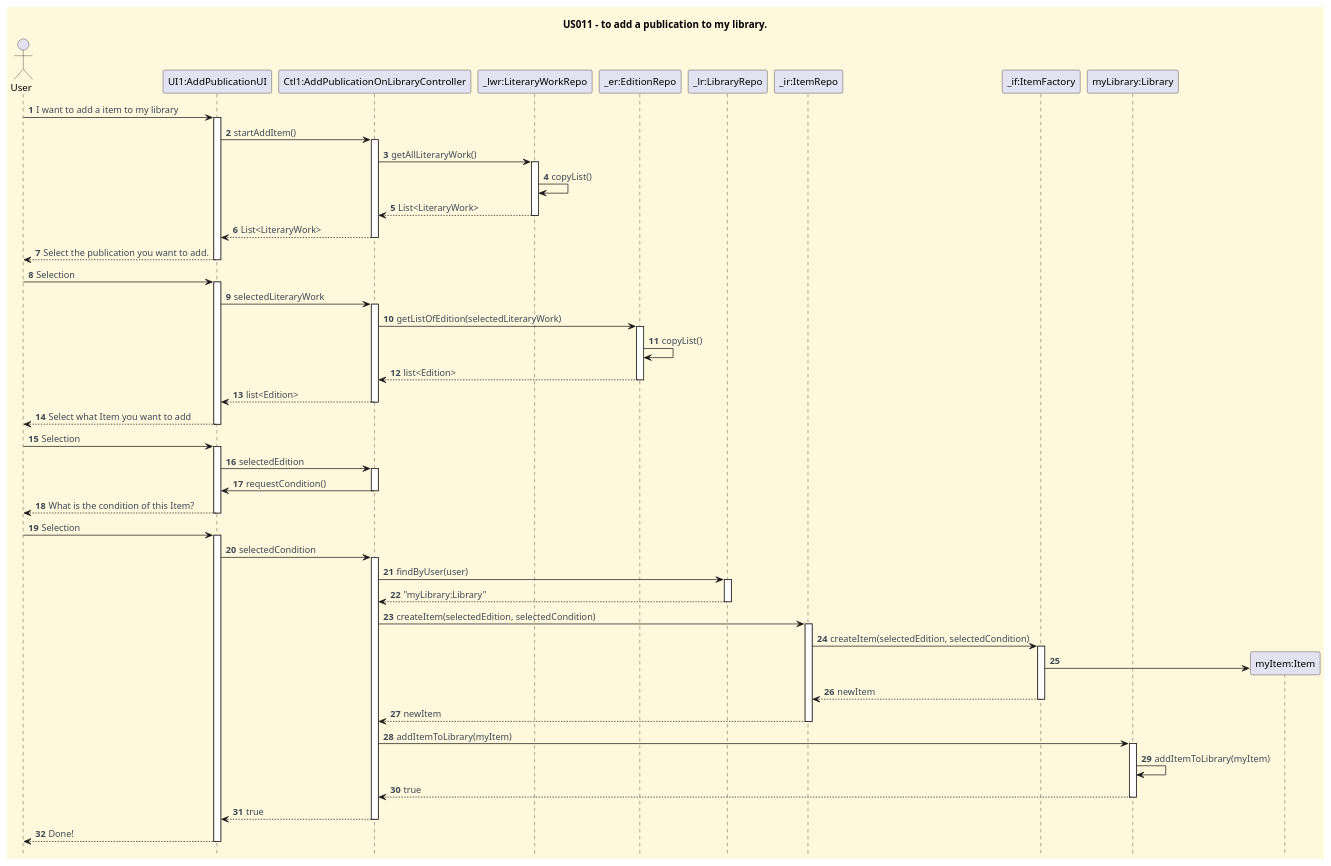
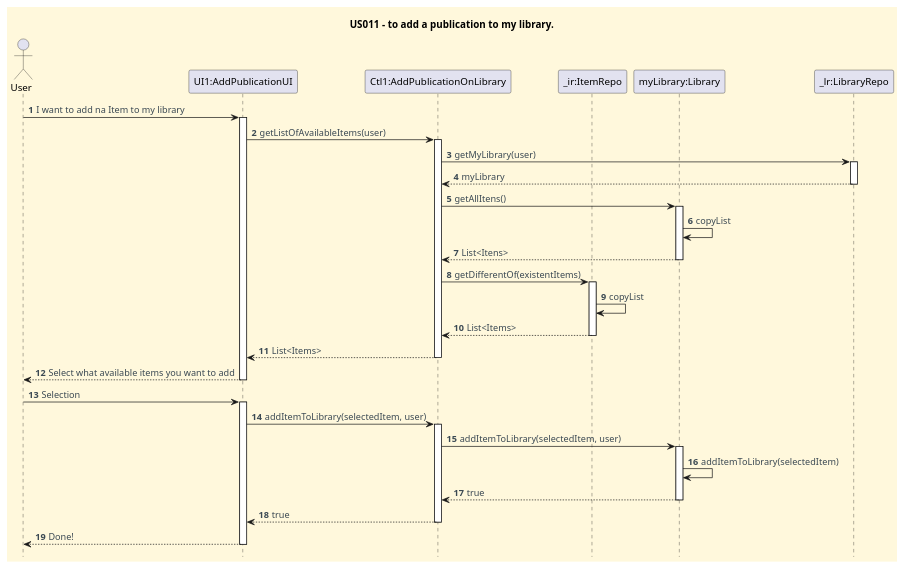
Before and after one commit to CarolinaLeite-collab/JavaMarketplacePlatform: the diagram in docs/userStories/US011/US011_add_publication_to_my_library_SD.puml, drawn with PlantUML. The commit also changed 1 other file, not shown here.

```diff
--- a/docs/userStories/US011/US011_add_publication_to_my_library_SD.puml
+++ b/docs/userStories/US011/US011_add_publication_to_my_library_SD.puml
@@ -1,122 +1,64 @@
 @startuml
 'https://plantuml.com/sequence-diagram
 hide footbox
 title US011 - to add a publication to my library.
 
 '==== basic style ====
 skinparam monochrome false
 skinparam shadowing false
 skinparam defaultFontName Futura
 skinparam objectFontSize 20
 skinparam backgroundColor CornSilk
 skinparam objectBackgroundColor WhiteSmoke
 skinparam noteBackgroundColor #FFFFE0
 skinparam ArrowFontColor #3B4953
 skinparam ActivationBackgroundColor black
 
 autonumber
 autoactivate off
 
 
 actor User
 participant "UI1:AddPublicationUI"
-participant "Ctl1:AddPublicationOnLibraryController"
-participant "_lwr:LiteraryWorkRepo"
-participant "_er:EditionRepo"
+participant "Ctl1:AddPublicationOnLibrary"
+participant "_ir:ItemRepo"
+participant "myLibrary:Library"
 participant "_lr:LibraryRepo"
-participant "_ir:ItemRepo"
-participant "_if:ItemFactory"
-participant "myLibrary:Library"
 
-'========================================
-' 1 - OBTER LITERARY WORK
-'========================================
-
-User -> "UI1:AddPublicationUI" : I want to add a item to my library
+User -> "UI1:AddPublicationUI" : I want to add na Item to my library
 activate "UI1:AddPublicationUI"
-"UI1:AddPublicationUI" -> "Ctl1:AddPublicationOnLibraryController" : startAddItem()
-activate "Ctl1:AddPublicationOnLibraryController"
-"Ctl1:AddPublicationOnLibraryController" -> "_lwr:LiteraryWorkRepo" : getAllLiteraryWork()
-activate "_lwr:LiteraryWorkRepo"
-"_lwr:LiteraryWorkRepo" -> "_lwr:LiteraryWorkRepo" : copyList()
-"_lwr:LiteraryWorkRepo" --> "Ctl1:AddPublicationOnLibraryController" : List<LiteraryWork>
-deactivate "_lwr:LiteraryWorkRepo"
-"Ctl1:AddPublicationOnLibraryController" --> "UI1:AddPublicationUI" : List<LiteraryWork>
-deactivate "Ctl1:AddPublicationOnLibraryController"
-"UI1:AddPublicationUI" --> User : Select the publication you want to add.
-deactivate "UI1:AddPublicationUI"
-
-'========================================
-' 2 - OBTER EDIÇÕES
-'========================================
-
-User -> "UI1:AddPublicationUI" : Selection
-activate "UI1:AddPublicationUI"
-"UI1:AddPublicationUI" -> "Ctl1:AddPublicationOnLibraryController" : selectedLiteraryWork
-activate "Ctl1:AddPublicationOnLibraryController"
-"Ctl1:AddPublicationOnLibraryController" -> "_er:EditionRepo" :  getListOfEdition(selectedLiteraryWork)
-activate "_er:EditionRepo"
-"_er:EditionRepo" -> "_er:EditionRepo" : copyList()
-"_er:EditionRepo" --> "Ctl1:AddPublicationOnLibraryController" : list<Edition>
-deactivate "_er:EditionRepo"
-"Ctl1:AddPublicationOnLibraryController" --> "UI1:AddPublicationUI" : list<Edition>
-deactivate "Ctl1:AddPublicationOnLibraryController"
-"UI1:AddPublicationUI" --> User : Select what Item you want to add
+"UI1:AddPublicationUI" -> "Ctl1:AddPublicationOnLibrary" : getListOfAvailableItems(user)
+activate "Ctl1:AddPublicationOnLibrary"
+"Ctl1:AddPublicationOnLibrary" -> "_lr:LibraryRepo" : getMyLibrary(user)
+activate "_lr:LibraryRepo"
+"_lr:LibraryRepo" --> "Ctl1:AddPublicationOnLibrary" : myLibrary
+deactivate "_lr:LibraryRepo"
+"Ctl1:AddPublicationOnLibrary" -> "myLibrary:Library" : getAllItens()
+activate "myLibrary:Library"
+"myLibrary:Library" -> "myLibrary:Library" : copyList
+"myLibrary:Library" --> "Ctl1:AddPublicationOnLibrary" : List<Itens>
+deactivate "myLibrary:Library"
+"Ctl1:AddPublicationOnLibrary" -> "_ir:ItemRepo" : getDifferentOf(existentItems)
+activate "_ir:ItemRepo"
+"_ir:ItemRepo" -> "_ir:ItemRepo" : copyList
+"_ir:ItemRepo" --> "Ctl1:AddPublicationOnLibrary" : List<Items>
+deactivate "_ir:ItemRepo"
+"Ctl1:AddPublicationOnLibrary" --> "UI1:AddPublicationUI" : List<Items>
+deactivate "Ctl1:AddPublicationOnLibrary"
+"UI1:AddPublicationUI" --> User : Select what available items you want to add
 deactivate "UI1:AddPublicationUI"
 User -> "UI1:AddPublicationUI" : Selection
 activate "UI1:AddPublicationUI"
-"UI1:AddPublicationUI" -> "Ctl1:AddPublicationOnLibraryController" : selectedEdition
-activate "Ctl1:AddPublicationOnLibraryController"
-
-'========================================
-' 3 - SELEÇÃO DA CONDIÇÃO
-'========================================
-
-"Ctl1:AddPublicationOnLibraryController" -> "UI1:AddPublicationUI" : requestCondition()
-deactivate "Ctl1:AddPublicationOnLibraryController"
-"UI1:AddPublicationUI" --> User : What is the condition of this Item?
-deactivate "UI1:AddPublicationUI"
-User -> "UI1:AddPublicationUI" : Selection
-activate "UI1:AddPublicationUI"
-"UI1:AddPublicationUI" -> "Ctl1:AddPublicationOnLibraryController" :selectedCondition
-activate "Ctl1:AddPublicationOnLibraryController"
-
-'========================================
-' 4 - SELEÇÃO DA LIBRARY
-'========================================
-
-"Ctl1:AddPublicationOnLibraryController" -> "_lr:LibraryRepo" : findByUser(user)
-activate "_lr:LibraryRepo"
-"_lr:LibraryRepo" --> "Ctl1:AddPublicationOnLibraryController" : "myLibrary:Library"
-deactivate "_lr:LibraryRepo"
-
-'========================================
-' 5 - CRIAR ITEM
-'========================================
-
-"Ctl1:AddPublicationOnLibraryController" -> "_ir:ItemRepo" : createItem(selectedEdition, selectedCondition)
-activate "_ir:ItemRepo"
-"_ir:ItemRepo" -> "_if:ItemFactory" : createItem(selectedEdition, selectedCondition)
-activate "_if:ItemFactory"
-create "myItem:Item" as instance
-"_if:ItemFactory" -> instance
-"_if:ItemFactory" --> "_ir:ItemRepo" : newItem
-deactivate "_if:ItemFactory"
-"_ir:ItemRepo" --> "Ctl1:AddPublicationOnLibraryController" : newItem
-deactivate "_ir:ItemRepo"
-
-'========================================
-' 6 - ADICIONAR À BIBLIOTECA
-'========================================
-
-"Ctl1:AddPublicationOnLibraryController" -> "myLibrary:Library" : addItemToLibrary(myItem)
+"UI1:AddPublicationUI" -> "Ctl1:AddPublicationOnLibrary" : addItemToLibrary(selectedItem, user)
+activate "Ctl1:AddPublicationOnLibrary"
+"Ctl1:AddPublicationOnLibrary" -> "myLibrary:Library" : addItemToLibrary(selectedItem, user)
 activate "myLibrary:Library"
-"myLibrary:Library" -> "myLibrary:Library" : addItemToLibrary(myItem)
-"myLibrary:Library" --> "Ctl1:AddPublicationOnLibraryController" : true
+"myLibrary:Library" -> "myLibrary:Library" : addItemToLibrary(selectedItem)
+"myLibrary:Library" --> "Ctl1:AddPublicationOnLibrary" : true
 deactivate "myLibrary:Library"
-"Ctl1:AddPublicationOnLibraryController" --> "UI1:AddPublicationUI" : true
-deactivate "Ctl1:AddPublicationOnLibraryController"
+"Ctl1:AddPublicationOnLibrary" --> "UI1:AddPublicationUI" : true
+deactivate "Ctl1:AddPublicationOnLibrary"
 "UI1:AddPublicationUI" --> User : Done!
 deactivate "UI1:AddPublicationUI"
 
 @enduml
```
